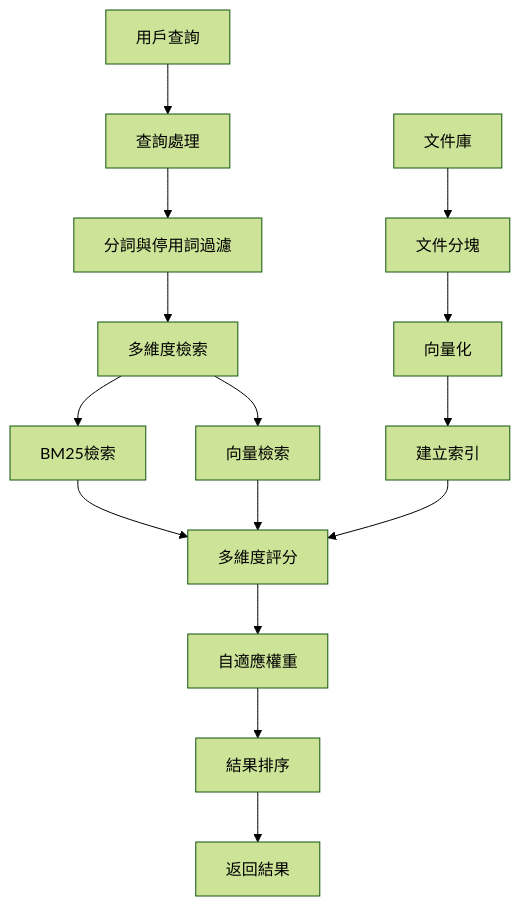
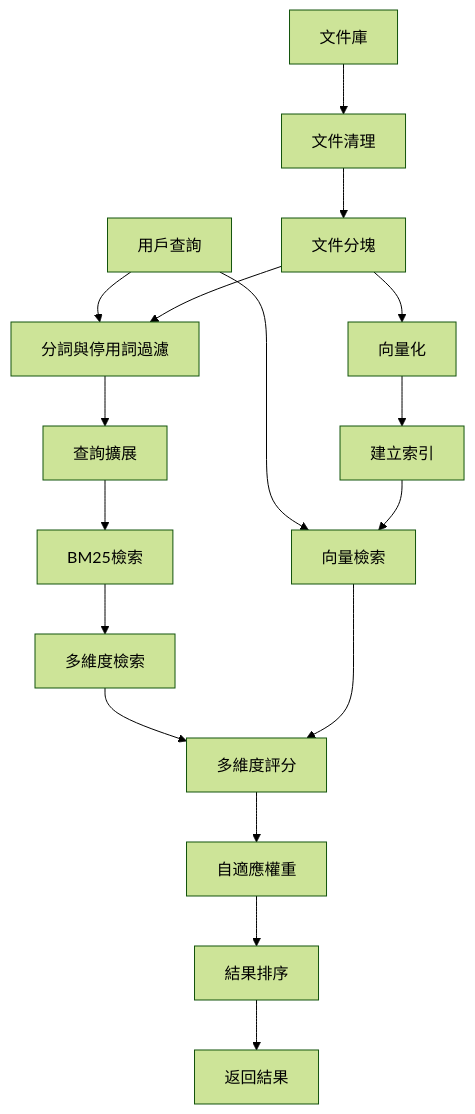
Before and after one commit to Hsun1128/AICUP-2024: the first of 2 diagrams in utils/README.md, drawn with Mermaid (forest theme).

Commit message:
Update README.md
更新2.1流程

````diff
--- a/utils/README.md
+++ b/utils/README.md
@@ -63,21 +63,24 @@
 ```mermaid
 graph TD
-    A[用戶查詢] --> B[查詢處理]
-    B --> C[分詞與停用詞過濾]
-
-    D[文件庫] --> E[文件分塊]
-    E --> F[向量化]
-    F --> G[建立索引]
-
-    C --> H[多維度檢索]
-    H --> I[BM25檢索]
-    H --> J[向量檢索]
-
-    I --> K[多維度評分]
-    J --> K
-    G --> K
-
-    K --> L[自適應權重]
-    L --> M[結果排序]
-    M --> N[返回結果]
+    query[用戶查詢] --> clean&cut[分詞與停用詞過濾]
+    clean&cut --> query_expanded[查詢擴展]
+    
+    DataBase[文件庫] --> CleanDataBase[文件清理]
+    CleanDataBase --> ChunkDataBase[文件分塊]
+    ChunkDataBase --> clean&cut
+    ChunkDataBase --> Embedding[向量化]
+    
+    
+    query_expanded --> BM25_retrieve[BM25檢索]
+    BM25_retrieve --> Multy_search[多維度檢索]
+    Embedding --> BuildIndex[建立索引]
+    
+    Multy_search --> score[多維度評分]
+    faiss_retrieve --> score
+    query --> faiss_retrieve[向量檢索]
+    BuildIndex --> faiss_retrieve
+    
+    score --> weight_score[自適應權重]
+    weight_score --> rank[結果排序]
+    rank --> Output[返回結果]
 ```
````
